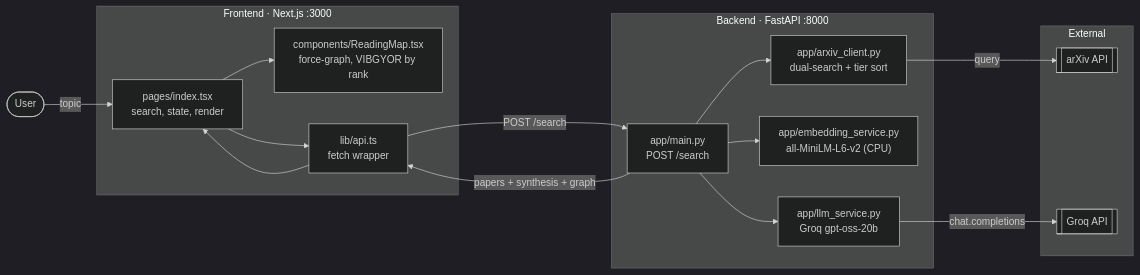
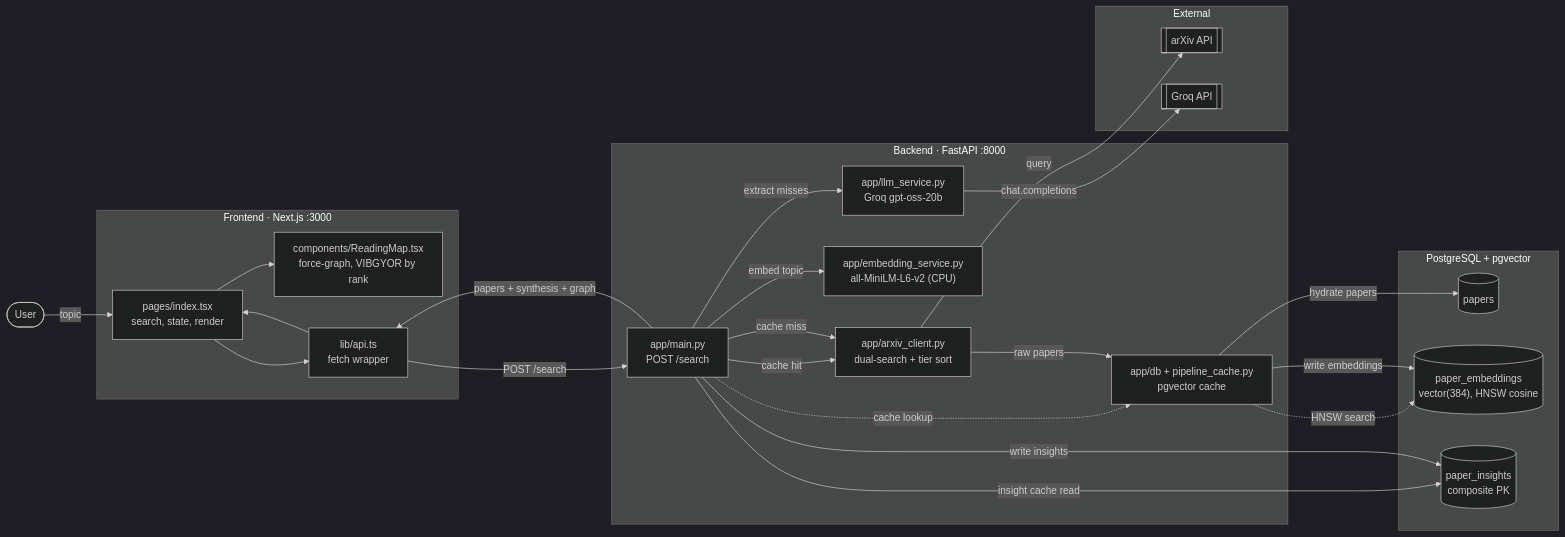
Before and after one commit to SKARAlpha0407/BTP_SEM_07: the first of 5 diagrams in REPORT.md, drawn with Mermaid (dark theme). The commit also changed other lines of this file and 21 other files, not shown here.

First line of the commit message:
feat: pgvector-backed persistent cache for pipeline

````diff
--- a/REPORT.md
+++ b/REPORT.md
@@ -8,31 +10,45 @@
 ```mermaid
 flowchart LR
     U([User])
     subgraph FE["Frontend · Next.js :3000"]
         IDX["pages/index.tsx<br/>search, state, render"]
         RM["components/ReadingMap.tsx<br/>force-graph, VIBGYOR by rank"]
         API["lib/api.ts<br/>fetch wrapper"]
     end
     subgraph BE["Backend · FastAPI :8000"]
         MAIN["app/main.py<br/>POST /search"]
         ARX["app/arxiv_client.py<br/>dual-search + tier sort"]
         EMB["app/embedding_service.py<br/>all-MiniLM-L6-v2 (CPU)"]
         LLM["app/llm_service.py<br/>Groq gpt-oss-20b"]
+        CACHE["app/db + pipeline_cache.py<br/>pgvector cache"]
+    end
+    subgraph DB["PostgreSQL + pgvector"]
+        PAPERS[("papers")]
+        EMBEDS[("paper_embeddings<br/>vector(384), HNSW cosine")]
+        INSIGHTS[("paper_insights<br/>composite PK")]
     end
     subgraph EXT["External"]
         ARXAPI[["arXiv API"]]
         GROQ[["Groq API"]]
     end
 
     U -->|topic| IDX
     IDX --> API
     API -->|POST /search| MAIN
-    MAIN --> ARX
-    MAIN --> EMB
-    MAIN --> LLM
+    MAIN -->|embed topic| EMB
+    MAIN -.->|cache lookup| CACHE
+    CACHE -.->|HNSW search| EMBEDS
+    CACHE -->|hydrate papers| PAPERS
+    MAIN -->|cache hit| ARX
+    MAIN -->|cache miss| ARX
     ARX -->|query| ARXAPI
+    ARX -->|raw papers| CACHE
+    CACHE -->|write embeddings| EMBEDS
+    MAIN -->|insight cache read| INSIGHTS
+    MAIN -->|extract misses| LLM
     LLM -->|chat.completions| GROQ
+    MAIN -->|write insights| INSIGHTS
     MAIN -->|papers + synthesis + graph| API
     API --> IDX
     IDX --> RM
 ```
````
